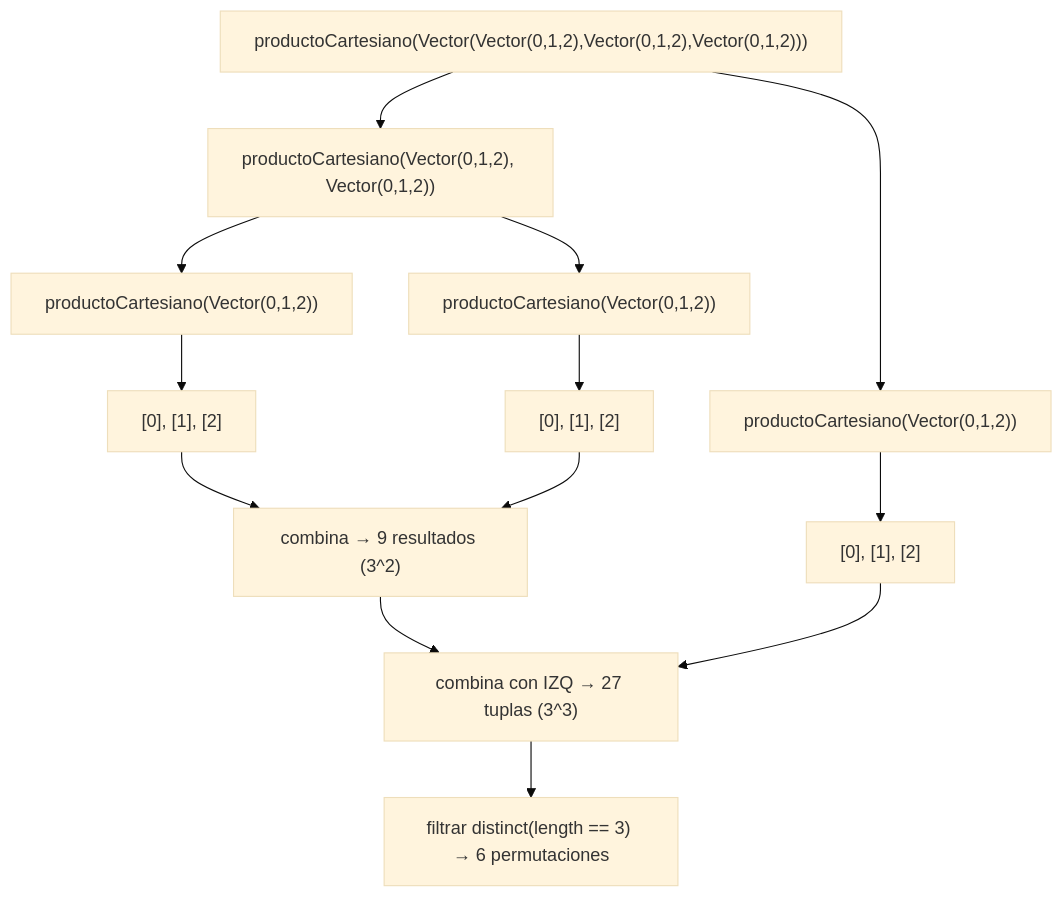
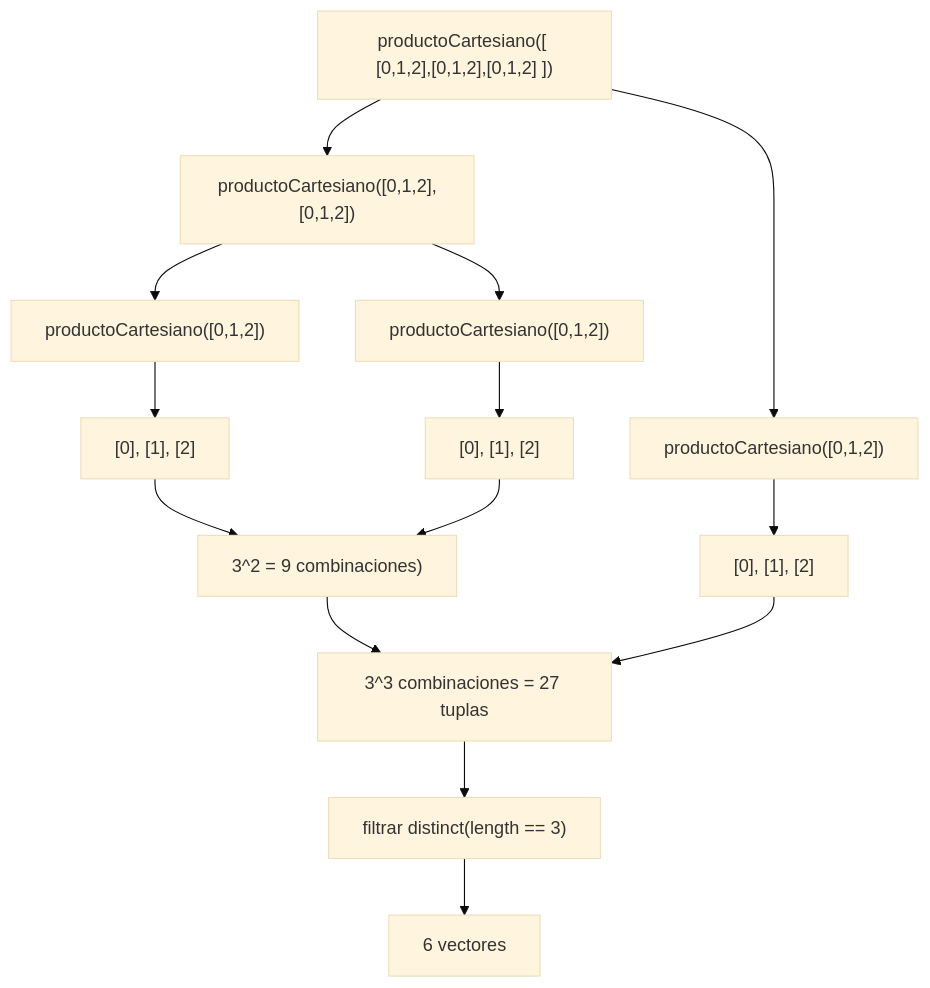
Before and after one commit to 2025-II-PFC-FLP/proyecto-final-pfc-2025-ii-master-final: the fifth of 5 diagrams in docs/informeProceso.md, drawn with Mermaid (base theme).

Commit message:
ajustes diagrama proceso generarProgramacionesRiegoPar

`````diff
--- a/docs/informeProceso.md
+++ b/docs/informeProceso.md
@@ -487,23 +487,23 @@
 ````mermaid
 graph TD
-  Root["productoCartesiano(Vector(Vector(0,1,2),Vector(0,1,2),Vector(0,1,2)))"]
+  Root["productoCartesiano([ [0,1,2],[0,1,2],[0,1,2] ])"]
   
-  Root --> IZQ["productoCartesiano(Vector(0,1,2))"]
-  Root --> DER["productoCartesiano(Vector(0,1,2), Vector(0,1,2))"]
+  Root --> IZQ["productoCartesiano([0,1,2])"]
+  Root --> DER["productoCartesiano([0,1,2],[0,1,2])"]
 
-  DER --> DER1["productoCartesiano(Vector(0,1,2))"]
-  DER --> DER2["productoCartesiano(Vector(0,1,2))"]
+  DER --> DER1["productoCartesiano([0,1,2])"]
+  DER --> DER2["productoCartesiano([0,1,2])"]
 
   IZQ --> BaseIZQ["[0], [1], [2]"]
   DER1 --> BaseDER1["[0], [1], [2]"]
   DER2 --> BaseDER2["[0], [1], [2]"]
 
-  BaseDER1 --> CombDER["combina → 9 resultados (3^2)"]
+  BaseDER1 --> CombDER["3^2 = 9 combinaciones)"]
   BaseDER2 --> CombDER
 
-  CombDER --> CombROOT["combina con IZQ → 27 tuplas (3^3)"]
+  CombDER --> CombROOT["3^3 combinaciones = 27 tuplas"]
   BaseIZQ --> CombROOT
 
-  CombROOT --> Filter["filtrar distinct(length == 3) → 6 permutaciones"]
-
+  CombROOT --> Filter["filtrar distinct(length == 3)"]
+  Filter --> Res["6 vectores"]
 ````
`````
